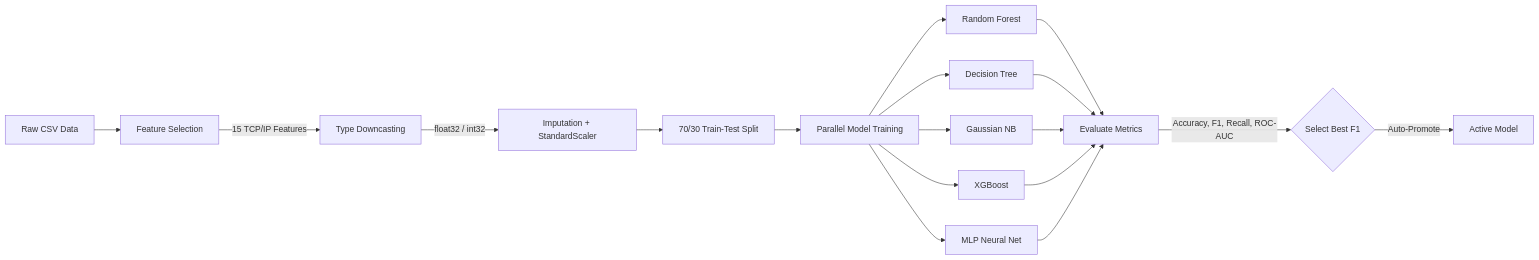
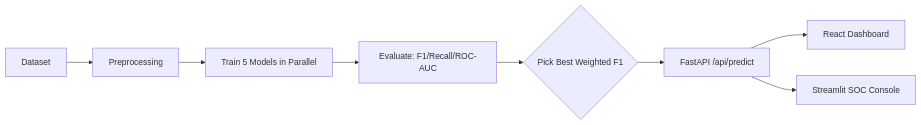
The diagram in README.md (SoubhagyaJain/CyberSentinel-AI), drawn with Mermaid before and after one commit. The commit also changed other lines of this file, not shown here.

````diff
--- a/README.md
+++ b/README.md
@@ -122,23 +114,10 @@
 ```mermaid
 flowchart LR
-    A["Raw CSV Data"] --> B["Feature Selection"]
-    B -->|15 TCP/IP Features| C["Type Downcasting"]
-    C -->|float32 / int32| D["Imputation + StandardScaler"]
-    D --> E["70/30 Train-Test Split"]
-    E --> F["Parallel Model Training"]
-
-    F --> RF["Random Forest"]
-    F --> DT["Decision Tree"]
-    F --> NB["Gaussian NB"]
-    F --> XG["XGBoost"]
-    F --> MLP["MLP Neural Net"]
-
-    RF --> G["Evaluate Metrics"]
-    DT --> G
-    NB --> G
-    XG --> G
-    MLP --> G
-
-    G -->|Accuracy, F1, Recall, ROC-AUC| H{"Select Best F1"}
-    H -->|Auto-Promote| I["Active Model"]
+  A[Dataset] --> B[Preprocessing]
+  B --> C[Train 5 Models in Parallel]
+  C --> D[Evaluate: F1/Recall/ROC-AUC]
+  D --> E{Pick Best Weighted F1}
+  E --> F[FastAPI /api/predict]
+  F --> G[React Dashboard]
+  F --> H[Streamlit SOC Console]
 ```
````
